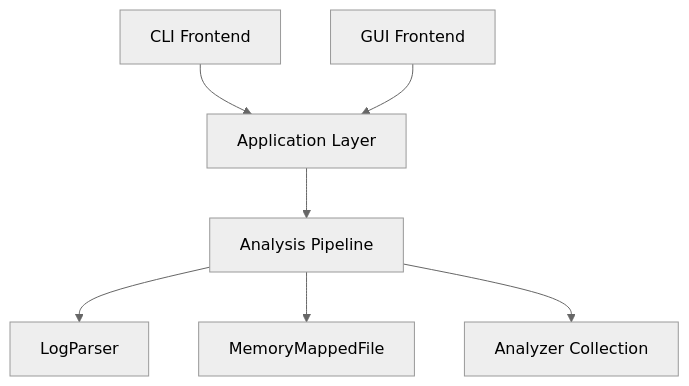
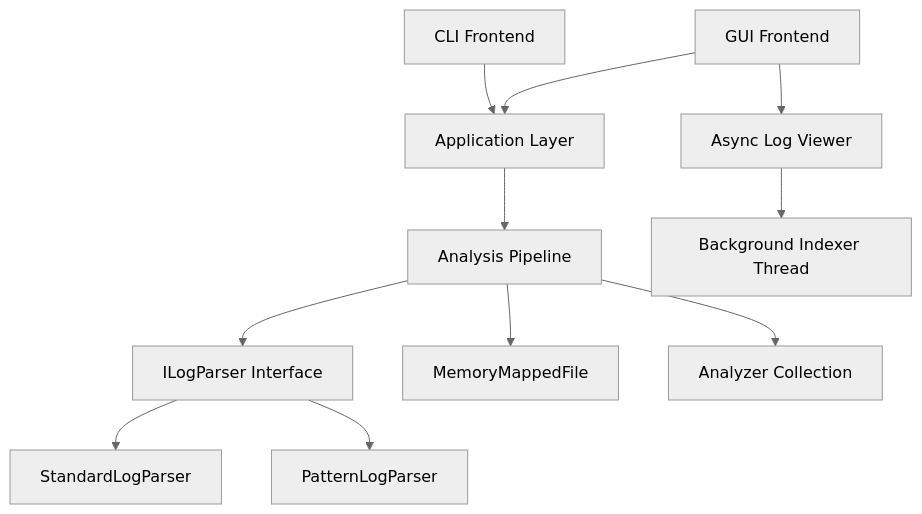
Before and after one commit to parvenuprompting/log-analyzer: the diagram in README.md, drawn with Mermaid (neutral theme). The commit also changed other lines of this file and 1 other file, not shown here.

````diff
--- a/README.md
+++ b/README.md
@@ -46,9 +57,13 @@
 ```mermaid
 graph TD
     CLI[CLI Frontend] --> APP[Application Layer]
     GUI[GUI Frontend] --> APP
     APP --> PIPELINE[Analysis Pipeline]
-    PIPELINE --> PARSER[LogParser]
+    PIPELINE --> PARSER[ILogParser Interface]
+    PARSER --> STANDARD[StandardLogParser]
+    PARSER --> PATTERN[PatternLogParser]
     PIPELINE --> IO[MemoryMappedFile]
     PIPELINE --> ANALYZERS[Analyzer Collection]
+    GUI --> VIEWER[Async Log Viewer]
+    VIEWER --> INDEXER[Background Indexer Thread]
 ```
````
